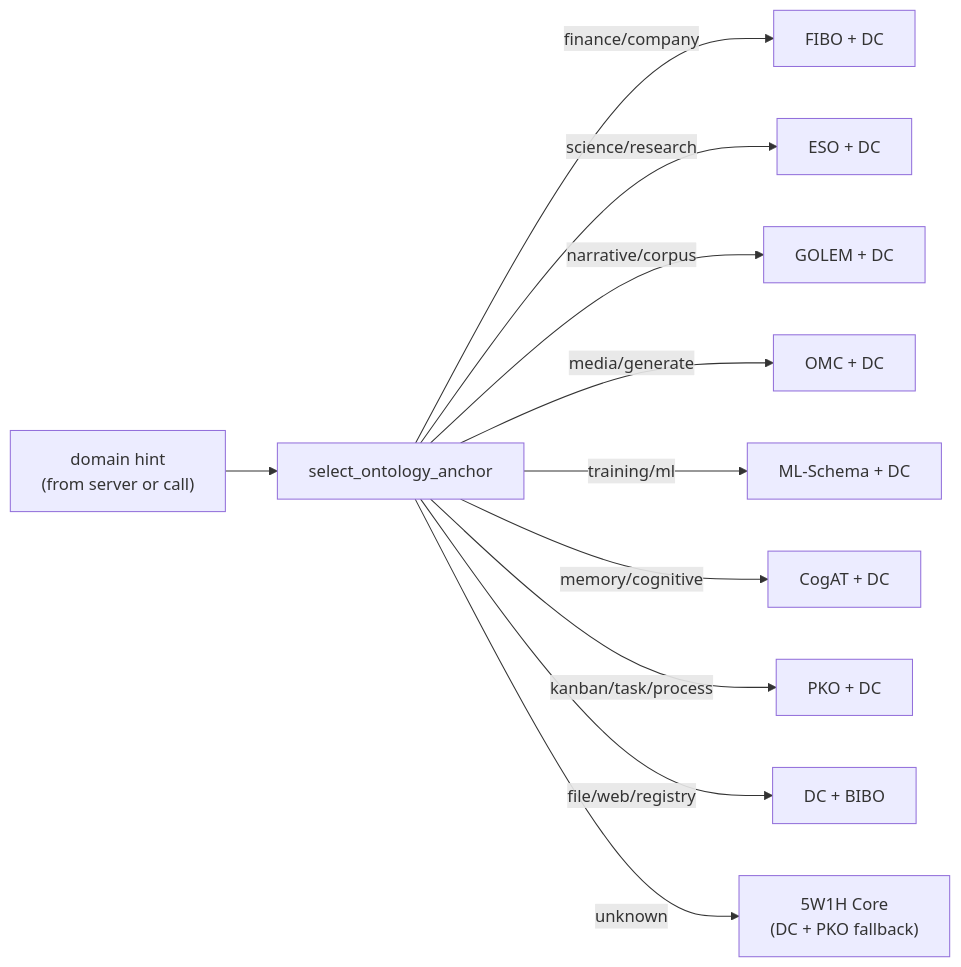
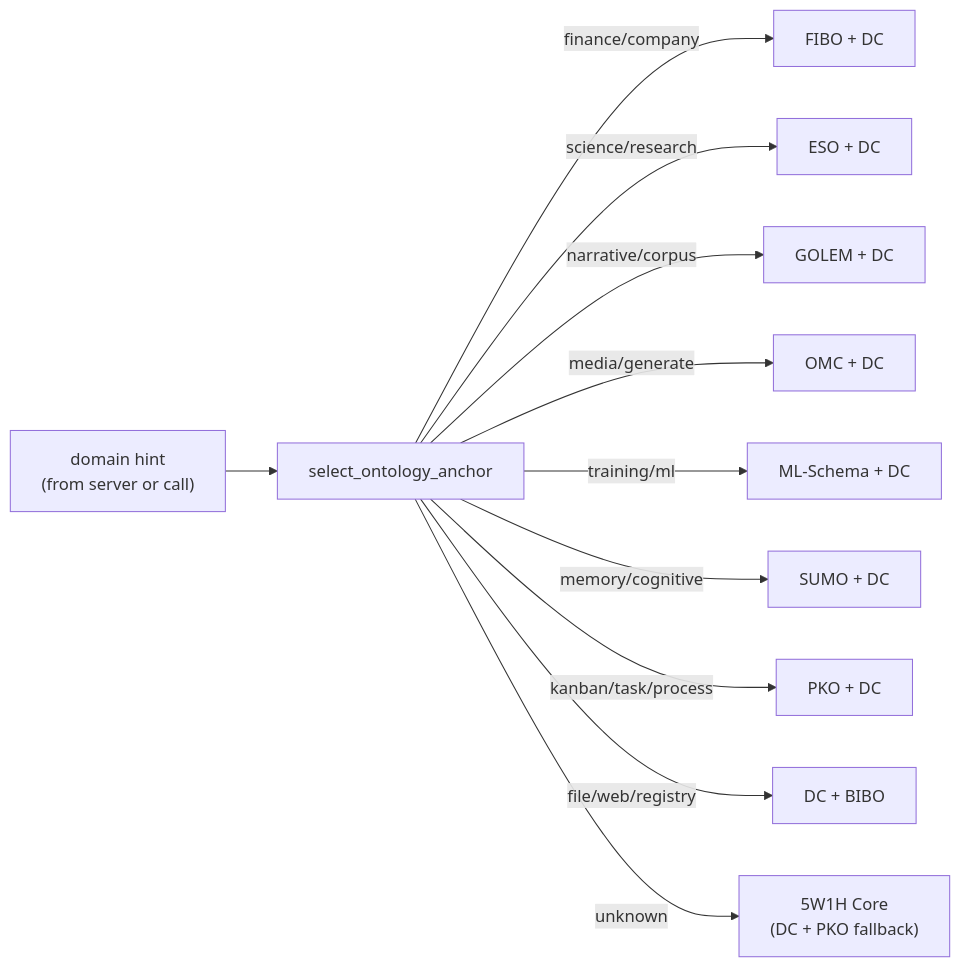
One commit to mdz-axo/zed-kask changed the second of 2 diagrams in kask/docs/diagrams/architecture-ontology-bridge.md. Above: the diagram before and after it, drawn with Mermaid. The commit also changed 48 other files, not shown here.

````diff
--- a/kask/docs/diagrams/architecture-ontology-bridge.md
+++ b/kask/docs/diagrams/architecture-ontology-bridge.md
@@ -75,15 +75,15 @@
 ```mermaid
 flowchart LR
     domain["domain hint<br/>(from server or call)"]
     select["select_ontology_anchor"]
     domain --> select
     select -->|"finance/company"| fibo_anchor["FIBO + DC"]
     select -->|"science/research"| eso_anchor["ESO + DC"]
     select -->|"narrative/corpus"| golem_anchor["GOLEM + DC"]
     select -->|"media/generate"| omc_anchor["OMC + DC"]
     select -->|"training/ml"| ml_anchor["ML-Schema + DC"]
-    select -->|"memory/cognitive"| cogat_anchor["CogAT + DC"]
+    select -->|"memory/cognitive"| sumo_anchor["SUMO + DC"]
     select -->|"kanban/task/process"| pko_anchor["PKO + DC"]
     select -->|"file/web/registry"| dc_anchor["DC + BIBO"]
     select -->|"unknown"| core_anchor["5W1H Core<br/>(DC + PKO fallback)"]
 ```
````
